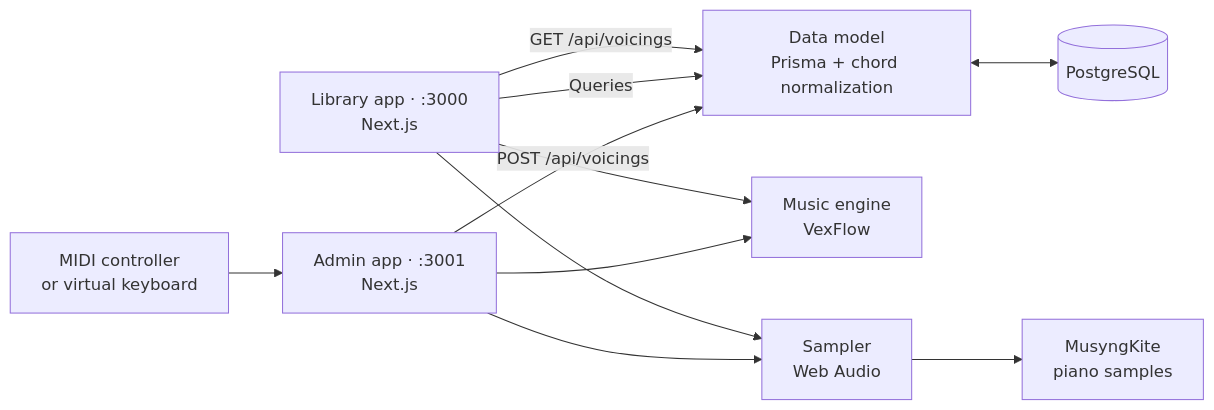
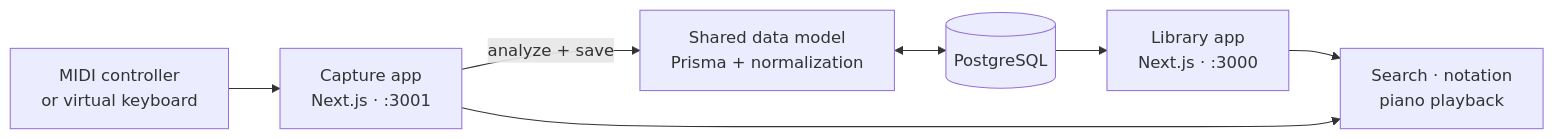
The diagram in README.md (Bruscheto/Voicings-Library), drawn with Mermaid before and after one commit. The commit also changed other lines of this file and 9 other files, not shown here.

````diff
--- a/README.md
+++ b/README.md
@@ -28,13 +28,9 @@
 ```mermaid
 flowchart LR
-    input["MIDI controller<br/>or virtual keyboard"] --> admin["Admin app · :3001<br/>Next.js"]
-    admin -->|"POST /api/voicings"| data["Data model<br/>Prisma + chord normalization"]
-    web["Library app · :3000<br/>Next.js"] -->|"Queries"| data
-    web -->|"GET /api/voicings"| data
-    data <--> db[(PostgreSQL)]
-    admin --> notation["Music engine<br/>VexFlow"]
-    web --> notation
-    admin --> audio["Sampler<br/>Web Audio"]
-    web --> audio
-    audio --> samples["MusyngKite<br/>piano samples"]
+    input["MIDI controller<br/>or virtual keyboard"] --> admin["Capture app<br/>Next.js · :3001"]
+    admin -->|"analyze + save"| model["Shared data model<br/>Prisma + normalization"]
+    model <--> db[(PostgreSQL)]
+    db --> web["Library app<br/>Next.js · :3000"]
+    web --> output["Search · notation<br/>piano playback"]
+    admin --> output
 ```
````
